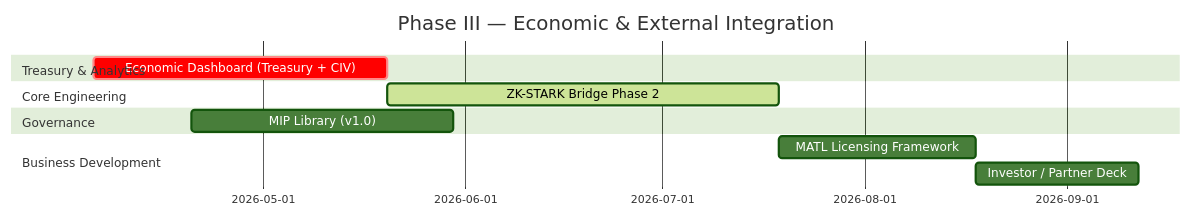
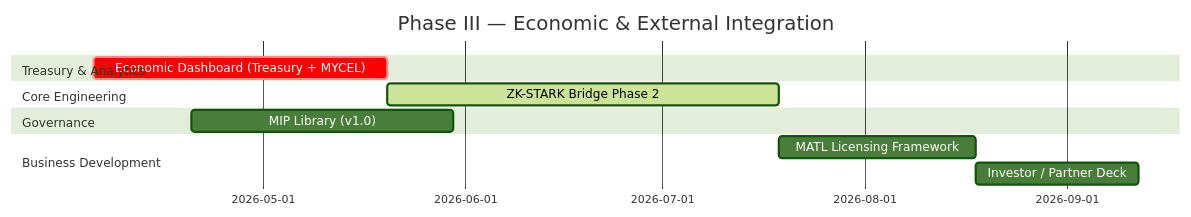
The third of 5 diagrams in mycelix-core/docs/architecture/Mycelix_Roadmap_v5.3_to_v6.0.md (Luminous-Dynamics/symthaea), drawn with Mermaid (forest theme) before and after one commit. The commit also changed other lines of this file and 476 other files, not shown here.

````diff
--- a/mycelix-core/docs/architecture/Mycelix_Roadmap_v5.3_to_v6.0.md
+++ b/mycelix-core/docs/architecture/Mycelix_Roadmap_v5.3_to_v6.0.md
@@ -91,14 +91,14 @@
 ```mermaid
 gantt
     dateFormat  YYYY-MM-DD
     title  Phase III — Economic & External Integration
     section Treasury & Analytics
-    Economic Dashboard (Treasury + CIV) :crit, a1, 2026-04-05, 45d
+    Economic Dashboard (Treasury + MYCEL) :crit, a1, 2026-04-05, 45d
     section Core Engineering
     ZK-STARK Bridge Phase 2              :active, a2, after a1, 60d
     section Governance
     MIP Library (v1.0)                   :a3, 2026-04-20, 40d
     section Business Development
     MATL Licensing Framework             :a4, after a2, 30d
     Investor / Partner Deck              :a5, after a4, 25d
 ```
````
